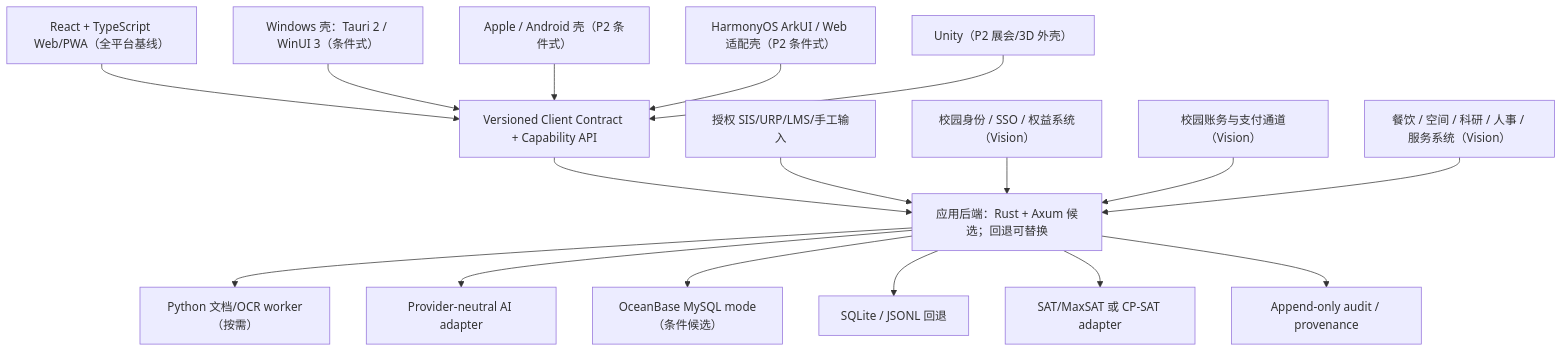
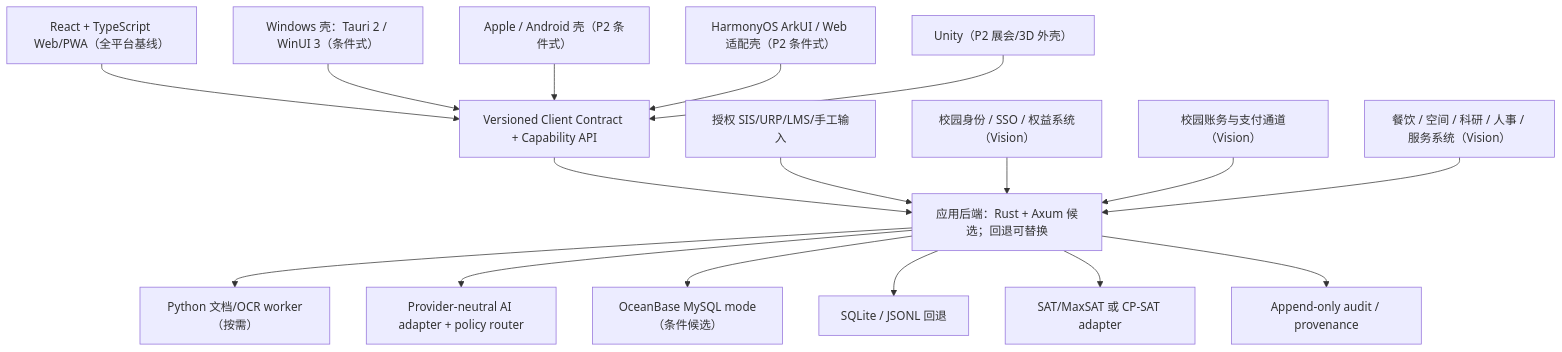
The second of 2 diagrams in engineering/ARCHITECTURE.md (TianBingzhuo/Jiaowu2K26), drawn with Mermaid before and after one commit. The commit also changed other lines of this file and 301 other files, not shown here.

````diff
--- a/engineering/ARCHITECTURE.md
+++ b/engineering/ARCHITECTURE.md
@@ -70,37 +70,37 @@
 ```mermaid
 flowchart TB
     WEB["React + TypeScript Web/PWA（全平台基线）"]
     WIN["Windows 壳：Tauri 2 / WinUI 3（条件式）"]
     MOBILE["Apple / Android 壳（P2 条件式）"]
     HARM["HarmonyOS ArkUI / Web 适配壳（P2 条件式）"]
     UNITY["Unity（P2 展会/3D 外壳）"]
     CONTRACT["Versioned Client Contract + Capability API"]
     API["应用后端：Rust + Axum 候选；回退可替换"]
     PY["Python 文档/OCR worker（按需）"]
-    AI["Provider-neutral AI adapter"]
+    AI["Provider-neutral AI adapter + policy router"]
     SIS["授权 SIS/URP/LMS/手工输入"]
     IAM["校园身份 / SSO / 权益系统（Vision）"]
     PAY["校园账务与支付通道（Vision）"]
     OPS["餐饮 / 空间 / 科研 / 人事 / 服务系统（Vision）"]
     DB["OceanBase MySQL mode（条件候选）"]
     FALL["SQLite / JSONL 回退"]
     SOLVER["SAT/MaxSAT 或 CP-SAT adapter"]
     AUDIT["Append-only audit / provenance"]
 
     WEB --> CONTRACT
     WIN --> CONTRACT
     MOBILE --> CONTRACT
     HARM --> CONTRACT
     UNITY --> CONTRACT
     CONTRACT --> API
     API --> PY
     API --> AI
     SIS --> API
     IAM --> API
     PAY --> API
     OPS --> API
     API --> DB
     API --> FALL
     API --> SOLVER
     API --> AUDIT
 ```
````
